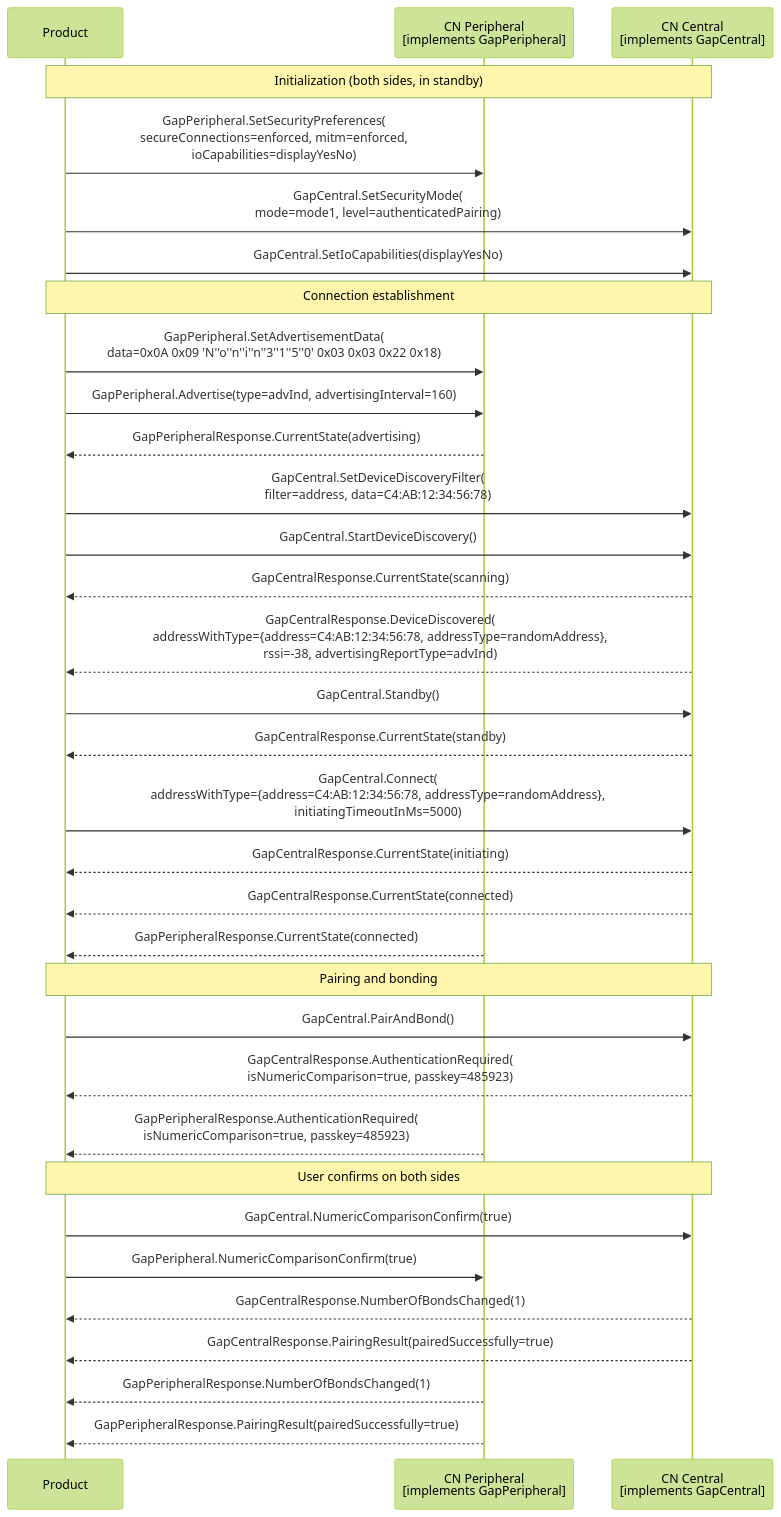
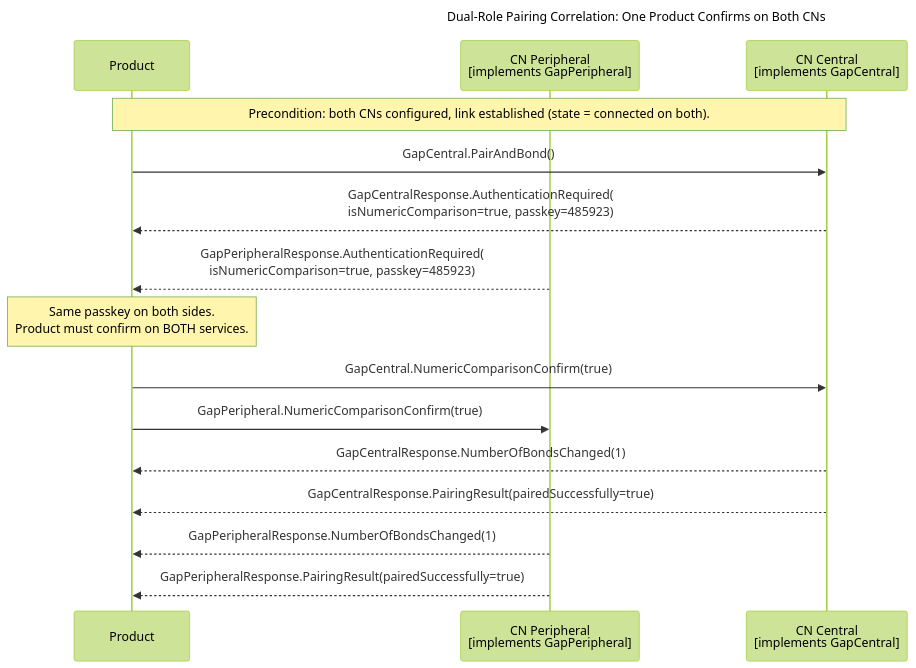
Before and after one commit to philips-software/amp-embedded-infra-lib: the diagram in documents/modules/ROOT/partials/echoservices/composite_flows/Gap_EndToEndPairing_sequence.mmd, drawn with Mermaid (forest theme). The commit also changed 1 other file, not shown here.

Commit message:
trim down end to end pairing

```diff
--- a/documents/modules/ROOT/partials/echoservices/composite_flows/Gap_EndToEndPairing_sequence.mmd
+++ b/documents/modules/ROOT/partials/echoservices/composite_flows/Gap_EndToEndPairing_sequence.mmd
@@ -1,43 +1,23 @@
 sequenceDiagram
+    title Dual-Role Pairing Correlation: One Product Confirms on Both CNs
+
     participant Product as Product
     participant CNp as CN Peripheral<br>[implements GapPeripheral]
     participant CNc as CN Central<br>[implements GapCentral]
 
-    Note over Product, CNc: Initialization (both sides, in standby)
-
-    Product->>CNp: GapPeripheral.SetSecurityPreferences(<br>secureConnections=enforced, mitm=enforced,<br>ioCapabilities=displayYesNo)
-    Product->>CNc: GapCentral.SetSecurityMode(<br>mode=mode1, level=authenticatedPairing)
-    Product->>CNc: GapCentral.SetIoCapabilities(displayYesNo)
-
-    Note over Product, CNc: Connection establishment
-
-    Product->>CNp: GapPeripheral.SetAdvertisementData(<br>data=0x0A 0x09 'N''o''n''i''n''3''1''5''0' 0x03 0x03 0x22 0x18)
-    Product->>CNp: GapPeripheral.Advertise(type=advInd, advertisingInterval=160)
-    CNp-->>Product: GapPeripheralResponse.CurrentState(advertising)
-
-    Product->>CNc: GapCentral.SetDeviceDiscoveryFilter(<br>filter=address, data=C4:AB:12:34:56:78)
-    Product->>CNc: GapCentral.StartDeviceDiscovery()
-    CNc-->>Product: GapCentralResponse.CurrentState(scanning)
-    CNc-->>Product: GapCentralResponse.DeviceDiscovered(<br>addressWithType={address=C4:AB:12:34:56:78, addressType=randomAddress},<br>rssi=-38, advertisingReportType=advInd)
-    Product->>CNc: GapCentral.Standby()
-    CNc-->>Product: GapCentralResponse.CurrentState(standby)
-
-    Product->>CNc: GapCentral.Connect(<br>addressWithType={address=C4:AB:12:34:56:78, addressType=randomAddress},<br>initiatingTimeoutInMs=5000)
-    CNc-->>Product: GapCentralResponse.CurrentState(initiating)
-    CNc-->>Product: GapCentralResponse.CurrentState(connected)
-    CNp-->>Product: GapPeripheralResponse.CurrentState(connected)
-
-    Note over Product, CNc: Pairing and bonding
+    Note over Product, CNc: Precondition: both CNs configured, link established (state = connected on both).
 
     Product->>CNc: GapCentral.PairAndBond()
+
     CNc-->>Product: GapCentralResponse.AuthenticationRequired(<br>isNumericComparison=true, passkey=485923)
     CNp-->>Product: GapPeripheralResponse.AuthenticationRequired(<br>isNumericComparison=true, passkey=485923)
 
-    Note over Product, CNc: User confirms on both sides
+    Note over Product: Same passkey on both sides.<br>Product must confirm on BOTH services.
 
     Product->>CNc: GapCentral.NumericComparisonConfirm(true)
     Product->>CNp: GapPeripheral.NumericComparisonConfirm(true)
+
     CNc-->>Product: GapCentralResponse.NumberOfBondsChanged(1)
     CNc-->>Product: GapCentralResponse.PairingResult(pairedSuccessfully=true)
     CNp-->>Product: GapPeripheralResponse.NumberOfBondsChanged(1)
     CNp-->>Product: GapPeripheralResponse.PairingResult(pairedSuccessfully=true)
```
